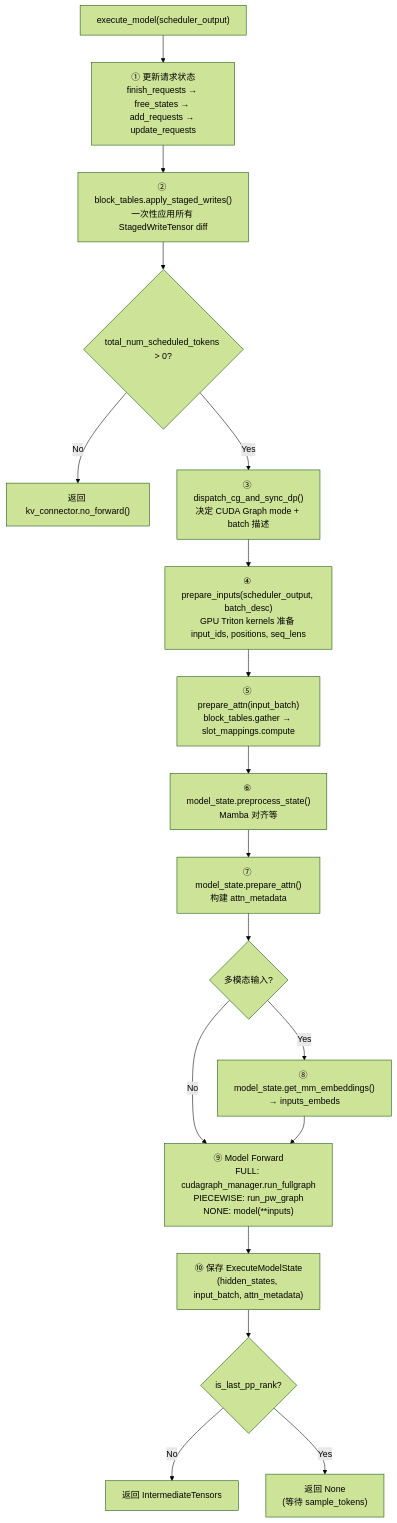
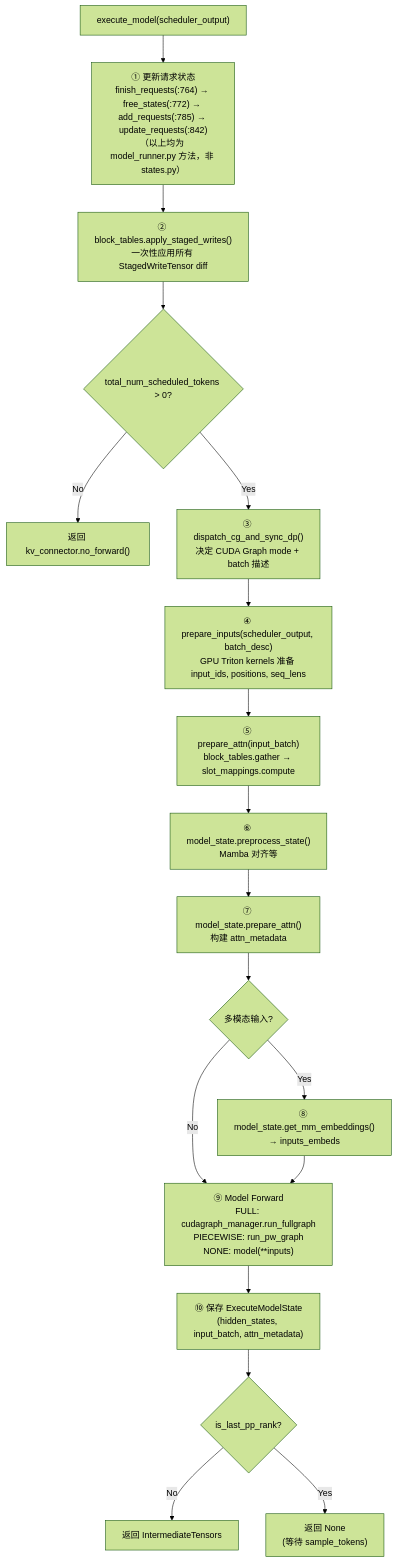
Before and after one commit to Schilings/vllm: the third of 7 diagrams in .codebuddy/analysis/model_runner_v1_v2.md, drawn with Mermaid (forest theme). The commit also changed other lines of this file and 66 other files, not shown here.

````diff
--- a/.codebuddy/analysis/model_runner_v1_v2.md
+++ b/.codebuddy/analysis/model_runner_v1_v2.md
@@ -217,20 +229,20 @@
 ```mermaid
 flowchart TD
-    START["execute_model(scheduler_output)"] --> UPDATE["① 更新请求状态<br/>finish_requests → free_states → add_requests → update_requests"]
+    START["execute_model(scheduler_output)"] --> UPDATE["① 更新请求状态<br/>finish_requests(:764) → free_states(:772) → add_requests(:785) → update_requests(:842)<br/>（以上均为 model_runner.py 方法，非 states.py）"]
     UPDATE --> APPLY["② block_tables.apply_staged_writes()<br/>一次性应用所有 StagedWriteTensor diff"]
     APPLY --> CHECK_TOKENS{"total_num_scheduled_tokens > 0?"}
     CHECK_TOKENS -->|No| EMPTY["返回 kv_connector.no_forward()"]
     CHECK_TOKENS -->|Yes| BATCH_DESC["③ dispatch_cg_and_sync_dp()<br/>决定 CUDA Graph mode + batch 描述"]
     BATCH_DESC --> PREPARE["④ prepare_inputs(scheduler_output, batch_desc)<br/>GPU Triton kernels 准备 input_ids, positions, seq_lens"]
     PREPARE --> PREP_ATTN["⑤ prepare_attn(input_batch)<br/>block_tables.gather → slot_mappings.compute"]
     PREP_ATTN --> PREP_STATE["⑥ model_state.preprocess_state()<br/>Mamba 对齐等"]
     PREP_STATE --> BUILD_ATTN["⑦ model_state.prepare_attn()<br/>构建 attn_metadata"]
     BUILD_ATTN --> ENC{"多模态输入?"}
     ENC -->|Yes| ENC_RUN["⑧ model_state.get_mm_embeddings()<br/>→ inputs_embeds"]
     ENC -->|No| FORWARD["⑨ Model Forward<br/>FULL: cudagraph_manager.run_fullgraph<br/>PIECEWISE: run_pw_graph<br/>NONE: model(**inputs)"]
     ENC_RUN --> FORWARD
     FORWARD --> STORE["⑩ 保存 ExecuteModelState<br/>(hidden_states, input_batch, attn_metadata)"]
     STORE --> RETURN_LAST{"is_last_pp_rank?"}
     RETURN_LAST -->|No| RETURN_IT["返回 IntermediateTensors"]
     RETURN_LAST -->|Yes| RETURN_NONE["返回 None<br/>(等待 sample_tokens)"]
 ```
````
